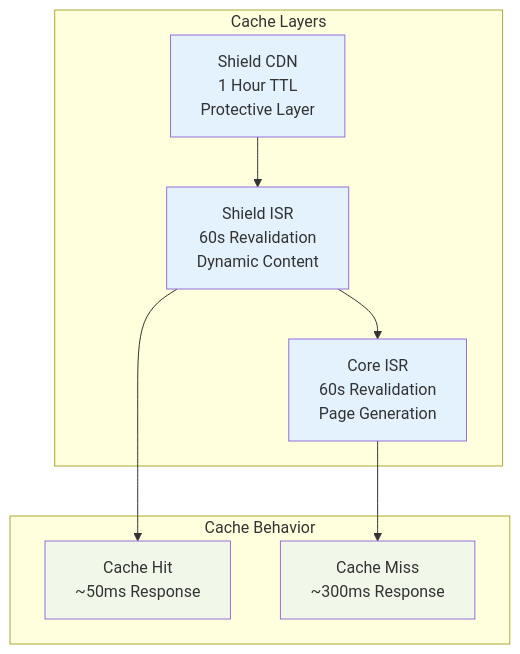
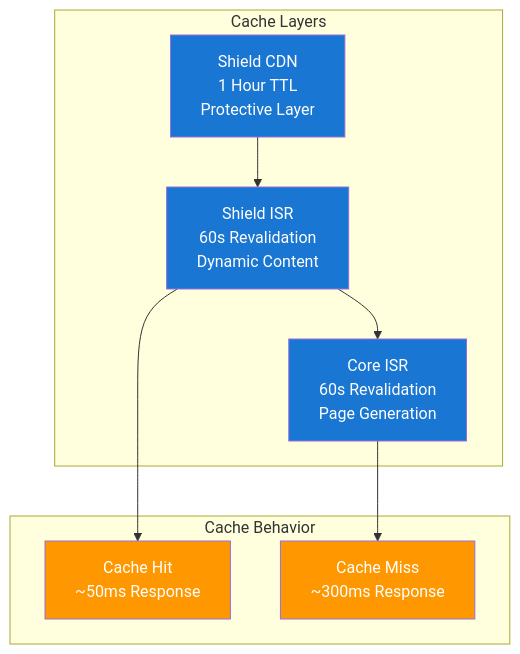
One commit to vercel-labs/isr-platform-shield changed the sixth of 6 diagrams in docs/ARCHITECTURE.md. Above: the diagram before and after it, drawn with Mermaid. The commit also changed other lines of this file, not shown here.

````diff
--- a/docs/ARCHITECTURE.md
+++ b/docs/ARCHITECTURE.md
@@ -299,24 +294,24 @@
 ```mermaid
 graph TB
     subgraph "Cache Layers"
         CDN[Shield CDN<br/>1 Hour TTL<br/>Protective Layer]
         ISR1[Shield ISR<br/>60s Revalidation<br/>Dynamic Content]
         ISR2[Core ISR<br/>60s Revalidation<br/>Page Generation]
     end
 
     subgraph "Cache Behavior"
         HIT[Cache Hit<br/>~50ms Response]
         MISS[Cache Miss<br/>~300ms Response]
     end
 
     CDN --> ISR1
     ISR1 --> ISR2
     ISR1 --> HIT
     ISR2 --> MISS
 
-    classDef cache fill:#e3f2fd
-    classDef behavior fill:#f1f8e9
+    classDef cache fill:#1976d2,color:#fff
+    classDef behavior fill:#ff9800,color:#fff
 
     class CDN,ISR1,ISR2 cache
     class HIT,MISS behavior
 ```
````
